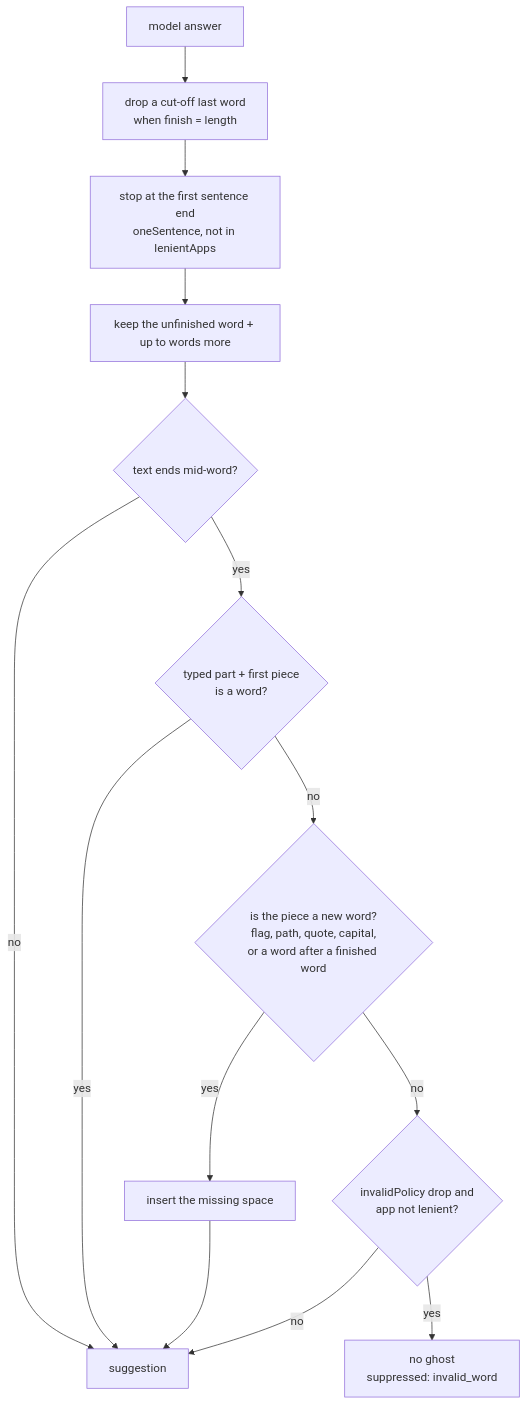
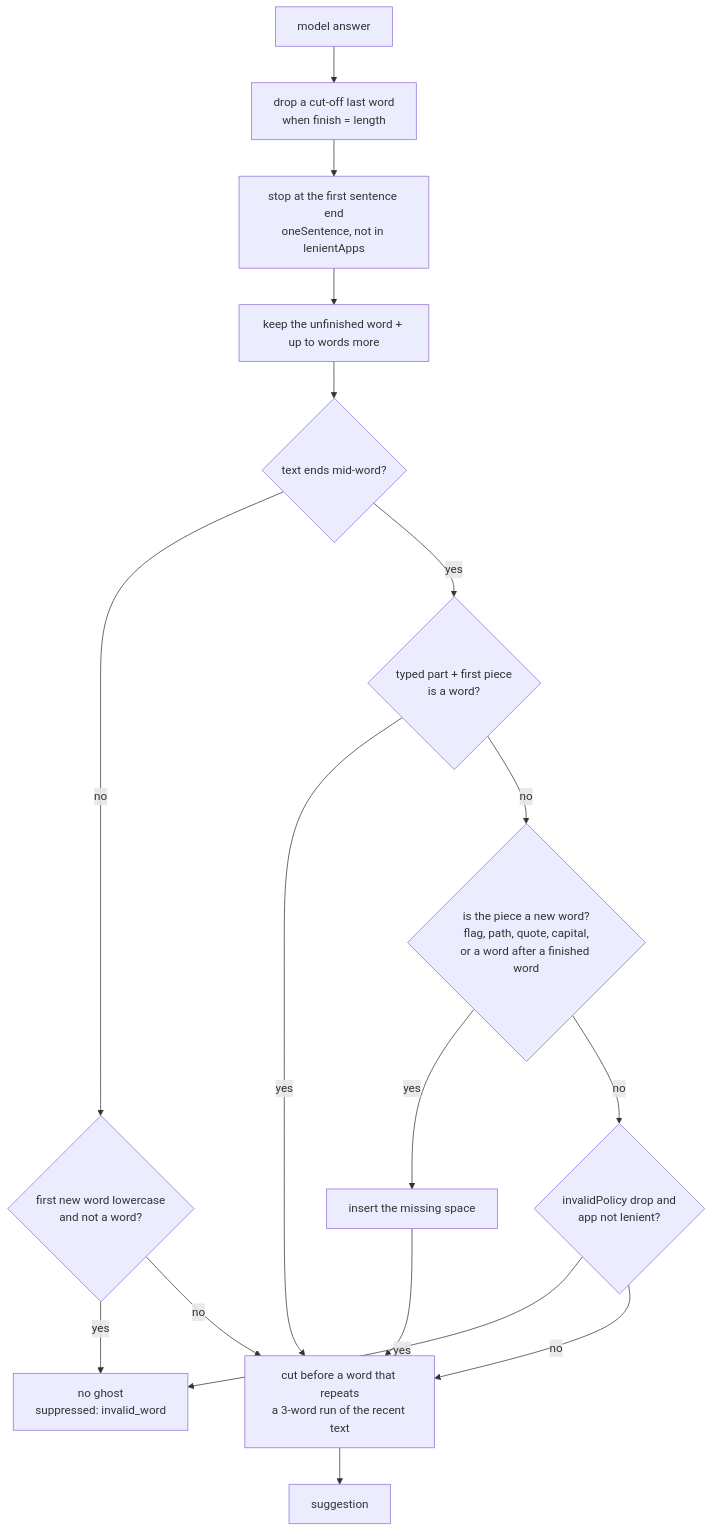
Before and after one commit to FreemanX/Homeword: the fourth of 5 diagrams in docs/ARCHITECTURE.md, drawn with Mermaid. The commit also changed other lines of this file and 14 other files, not shown here.

````diff
--- a/docs/ARCHITECTURE.md
+++ b/docs/ARCHITECTURE.md
@@ -191,15 +191,18 @@
 ```mermaid
 flowchart TD
     raw["model answer"] --> cut["drop a cut-off last word<br/>when finish = length"]
     cut --> sent["stop at the first sentence end<br/>oneSentence, not in lenientApps"]
     sent --> cap["keep the unfinished word + up to words more"]
     cap --> mid{"text ends mid-word?"}
-    mid -- no --> show["suggestion"]
+    mid -- no --> nw{"first new word lowercase<br/>and not a word?"}
+    nw -- yes --> none
+    nw -- no --> rep
     mid -- yes --> word{"typed part + first piece<br/>is a word?"}
-    word -- yes --> show
+    word -- yes --> rep
     word -- no --> sep{"is the piece a new word?<br/>flag, path, quote, capital,<br/>or a word after a finished word"}
-    sep -- yes --> space["insert the missing space"] --> show
+    sep -- yes --> space["insert the missing space"] --> rep
     sep -- no --> drop{"invalidPolicy drop and<br/>app not lenient?"}
     drop -- yes --> none["no ghost<br/>suppressed: invalid_word"]
-    drop -- no --> show
+    drop -- no --> rep
+    rep["cut before a word that repeats<br/>a 3-word run of the recent text"] --> show["suggestion"]
 ```
````
